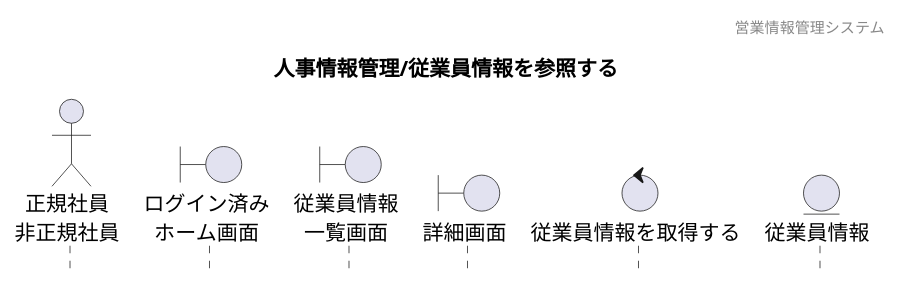
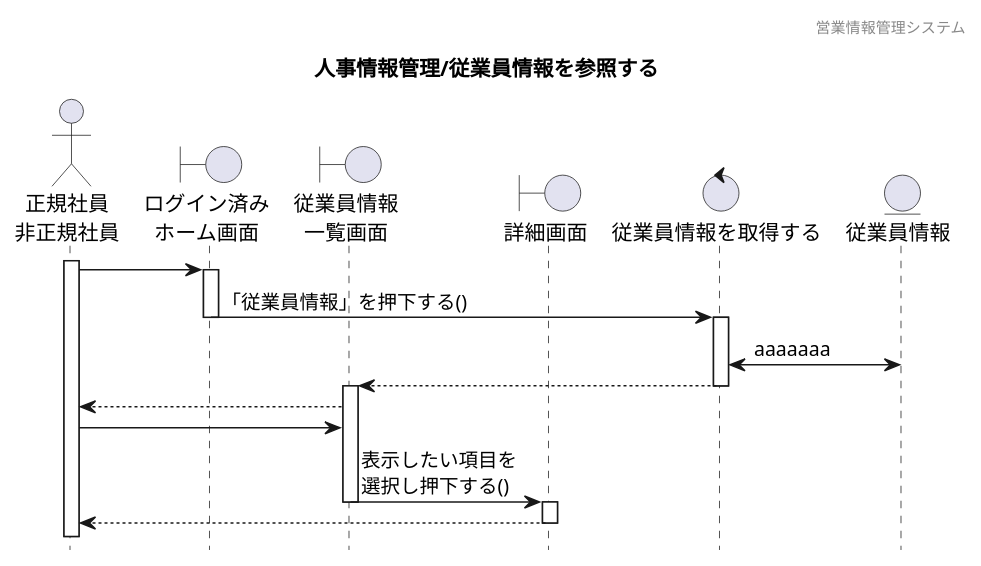
The diagram in 各種設計書/4シーケンス図/人事情報管理/1.従業員情報参照/従業員情報参照_未.plantuml (HaruShim/Sotuken), drawn with PlantUML before and after one commit. The commit also changed 3 other files, not shown here.

```diff
--- a/各種設計書/4シーケンス図/人事情報管理/1.従業員情報参照/従業員情報参照_未.plantuml
+++ b/各種設計書/4シーケンス図/人事情報管理/1.従業員情報参照/従業員情報参照_未.plantuml
@@ -1,28 +1,44 @@
 @startuml シーケンス図
 
 hide footbox
 header 営業情報管理システム
 title 人事情報管理/従業員情報を参照する
 
 
 
 ' actor "" as 
 actor "正規社員\n非正規社員" as a1
 
 ' boundary "" as 
 boundary "ログイン済み\nホーム画面" as b1
 boundary "従業員情報\n一覧画面" as b2
 boundary "詳細画面" as b3
 
 ' control "" as 
 control "従業員情報を取得する" as c1
 
 ' entity "" as
 entity "従業員情報" as e1
 
-
-
+' 長谷川
+activate a1
+a1 -> b1
+activate b1
+b1 -> c1 : 「従業員情報」を押下する()
+deactivate
+activate c1
+c1 <-> e1 : aaaaaaa
+b2 <-- c1
+deactivate
+activate b2
+a1 <-- b2
+a1 -> b2
+b2 -> b3 : 表示したい項目を\n選択し押下する()
+deactivate
+activate b3
+a1 <-- b3
+deactivate
 
 
 
 @enduml
```
